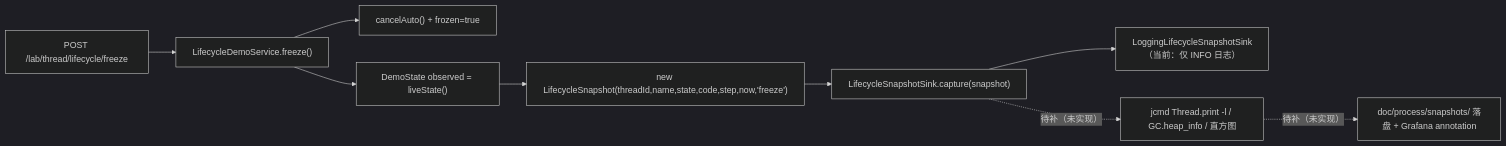
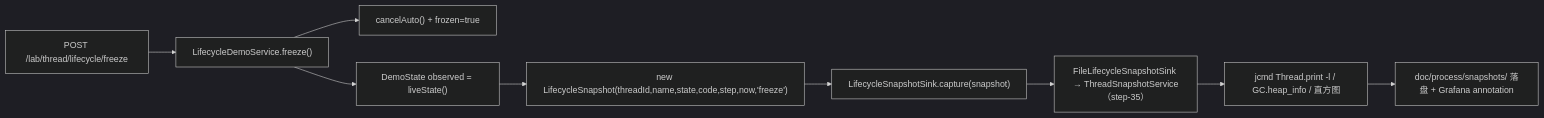
One commit to GigaEphemeral/test_dashbord changed the fifth of 5 diagrams in doc/design/details/07-线程实验室.md. Above: the diagram before and after it, drawn with Mermaid (dark theme). The commit also changed other lines of this file and 18 other files, not shown here.

````diff
--- a/doc/design/details/07-线程实验室.md
+++ b/doc/design/details/07-线程实验室.md
@@ -195,11 +195,11 @@
 ```mermaid
 flowchart LR
     F["POST /lab/thread/lifecycle/freeze"] --> S["LifecycleDemoService.freeze()"]
     S --> C["cancelAuto() + frozen=true"]
     S --> O["DemoState observed = liveState()"]
     O --> R["new LifecycleSnapshot(threadId,name,state,code,step,now,'freeze')"]
     R --> K["LifecycleSnapshotSink.capture(snapshot)"]
-    K --> L["LoggingLifecycleSnapshotSink（当前：仅 INFO 日志）"]
-    K -. "待补（未实现）" .-> J["jcmd Thread.print -l / GC.heap_info / 直方图"]
-    J -. "待补（未实现）" .-> D["doc/process/snapshots/ 落盘 + Grafana annotation"]
+    K --> L["FileLifecycleSnapshotSink → ThreadSnapshotService（step-35）"]
+    L --> J["jcmd Thread.print -l / GC.heap_info / 直方图"]
+    J --> D["doc/process/snapshots/ 落盘 + Grafana annotation"]
 ```
````
